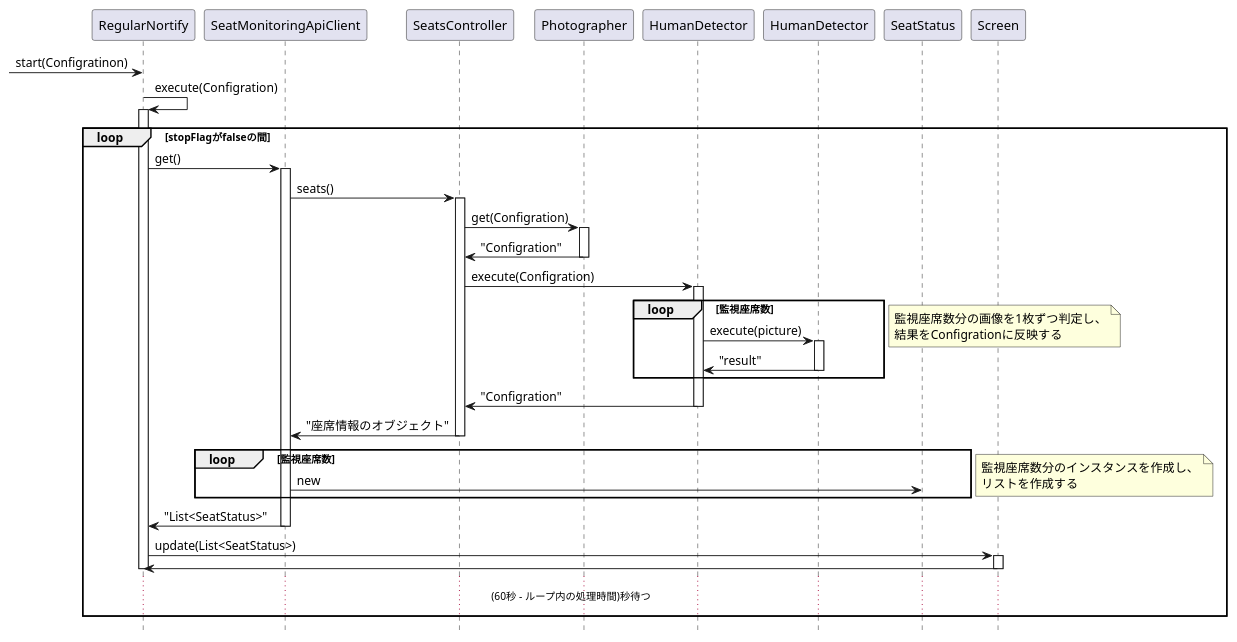
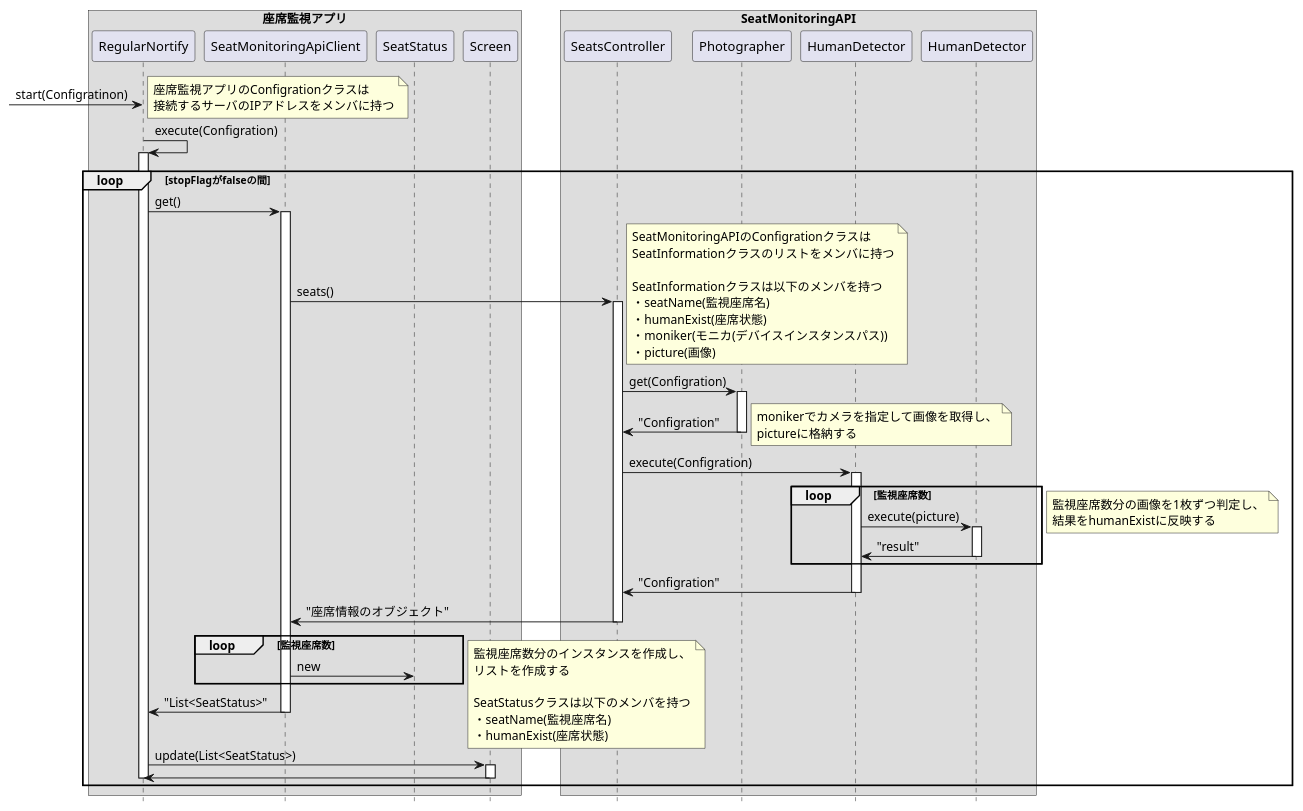
Before and after one commit to KeisukeSugita/Seat-monitoring-system: the diagram in doc/詳細設計/構成図(.pu)/座席状態確認シーケンス図2.pu, drawn with PlantUML. The commit also changed 1 other file, not shown here.

```diff
--- a/doc/詳細設計/構成図(.pu)/座席状態確認シーケンス図2.pu
+++ b/doc/詳細設計/構成図(.pu)/座席状態確認シーケンス図2.pu
@@ -1,70 +1,97 @@
 @startuml 座席状態確認シーケンス図2
 hide footbox
+skinparam BoxPadding 20
 
-participant "RegularNortify" as RegularNortify
-participant "SeatMonitoringApiClient" as SeatMonitoringApiClient
-participant "SeatsController" as SeatsController
-participant "Photographer" as Photographer
-participant "HumanDetector" as CsHumanDetector
-participant "HumanDetector" as CppHumanDetector
-participant "SeatStatus" as SeatStatus
-participant "Screen" as Screen
+box "座席監視アプリ"
+	participant "RegularNortify" as RegularNortify
+	participant "SeatMonitoringApiClient" as SeatMonitoringApiClient
+	participant "SeatStatus" as SeatStatus
+	participant "Screen" as Screen
+end box
+
+box "SeatMonitoringAPI"
+	participant "SeatsController" as SeatsController
+	participant "Photographer" as Photographer
+	participant "HumanDetector" as CsHumanDetector
+	participant "HumanDetector" as CppHumanDetector
+end box
 
 -> RegularNortify :start(Configratinon)
+note right
+	座席監視アプリのConfigrationクラスは
+	接続するサーバのIPアドレスをメンバに持つ
+end note
 
 RegularNortify -> RegularNortify : execute(Configration)
 activate RegularNortify
 
 loop stopFlagがfalseの間
 	RegularNortify -> SeatMonitoringApiClient : get()
 	activate SeatMonitoringApiClient
 
 	SeatMonitoringApiClient -> SeatsController : seats()
 	activate SeatsController
 
+	note right
+		SeatMonitoringAPIのConfigrationクラスは
+		SeatInformationクラスのリストをメンバに持つ
+
+		SeatInformationクラスは以下のメンバを持つ
+		・seatName(監視座席名)
+		・humanExist(座席状態)
+		・moniker(モニカ(デバイスインスタンスパス))
+		・picture(画像)
+	end note
+
 	SeatsController -> Photographer : get(Configration)
 	activate Photographer
-
 	SeatsController <- Photographer : "Configration"
 	deactivate Photographer
+	note right
+		monikerでカメラを指定して画像を取得し、
+		pictureに格納する
+	end note
 
 	SeatsController -> CsHumanDetector : execute(Configration)
 	activate CsHumanDetector
 
 	loop 監視座席数
 		CsHumanDetector -> CppHumanDetector : execute(picture)
 		activate CppHumanDetector
 		CsHumanDetector <- CppHumanDetector : "result"
 		deactivate CppHumanDetector
 	end
 	note right
 		監視座席数分の画像を1枚ずつ判定し、
-		結果をConfigrationに反映する
+		結果をhumanExistに反映する
 	end note
 	
 	SeatsController <- CsHumanDetector : "Configration"
 	deactivate CsHumanDetector
 
 	SeatMonitoringApiClient <- SeatsController : "座席情報のオブジェクト"
 	deactivate SeatsController
 
 	loop 監視座席数
 		SeatMonitoringApiClient -> SeatStatus :new
 	end
 	note right
 		監視座席数分のインスタンスを作成し、
 		リストを作成する
+
+		SeatStatusクラスは以下のメンバを持つ
+		・seatName(監視座席名)
+		・humanExist(座席状態)
 	end note
 
 	RegularNortify <- SeatMonitoringApiClient : "List<SeatStatus>"
 	deactivate SeatMonitoringApiClient
-
+	|||
 	RegularNortify -> Screen : update(List<SeatStatus>)
 	activate Screen
 	RegularNortify <- Screen
 	deactivate Screen
 	deactivate RegularNortify
-	... (60秒 - ループ内の処理時間)秒待つ ...
 end
 
 @enduml
```
